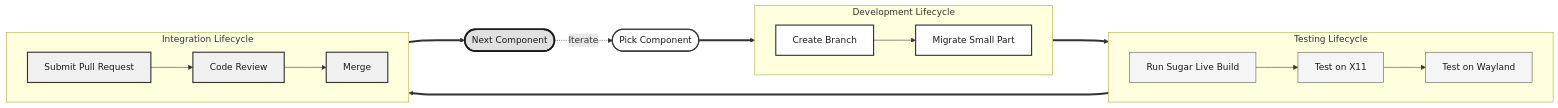
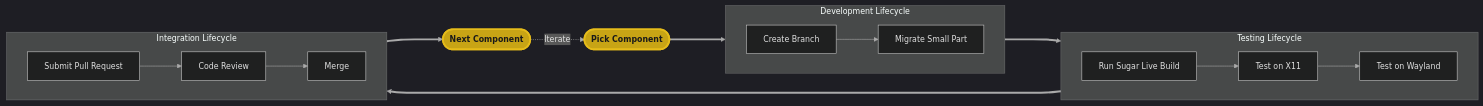
One commit to Dev10-sys/sugar-proposal-gtk changed the eighth of 9 diagrams in proposal.md. Above: the diagram before and after it, drawn with Mermaid. The commit also changed other lines of this file, not shown here.

Commit message:
Dark theme diagrams: professional system architecture style with amber highlights

````diff
--- a/proposal.md
+++ b/proposal.md
@@ -599,50 +529,39 @@
 ```mermaid
+%%{init: {'theme': 'dark', 'themeVariables': {'primaryColor': '#2a2a2a', 'primaryBorderColor': '#888', 'lineColor': '#aaa', 'textColor': '#e0e0e0', 'fontSize': '14px'}}}%%
 flowchart LR
-    %% Start
     A(["Pick Component"])
 
-    %% Execution Loop
     subgraph Execution ["Development Lifecycle"]
         direction LR
         B["Create Branch"]
         C["Migrate Small Part"]
         B --> C
     end
 
     subgraph Verification ["Testing Lifecycle"]
         direction LR
         D["Run Sugar Live Build"]
         E["Test on X11"]
         F["Test on Wayland"]
         D --> E --> F
     end
 
     subgraph Review ["Integration Lifecycle"]
         direction LR
         G["Submit Pull Request"]
         H["Code Review"]
         I["Merge"]
         G --> H --> I
     end
 
-    %% Loop Back
     J(["Next Component"])
 
-    %% Connections
     A ===> Execution
     Execution ===> Verification
     Verification ===> Review
     Review ===> J
     J -.->|Iterate| A
 
-    %% Styling
-    classDef coreNode fill:#fff,stroke:#333,stroke-width:2px,color:#1a1a1a;
-    classDef testNode fill:#f5f5f5,stroke:#555,stroke-width:1px,color:#1a1a1a;
-    classDef reviewNode fill:#f0f0f0,stroke:#333,stroke-width:2px,color:#1a1a1a;
-    classDef endNode fill:#e0e0e0,stroke:#1a1a1a,stroke-width:3px,color:#1a1a1a;
-
-    class A,B,C coreNode;
-    class D,E,F testNode;
-    class G,H,I reviewNode;
-    class J endNode;
+    style A fill:#c8a415,stroke:#e6bc1a,stroke-width:3px,color:#1a1a1a,font-weight:bold
+    style J fill:#c8a415,stroke:#e6bc1a,stroke-width:3px,color:#1a1a1a,font-weight:bold
 ```
````
